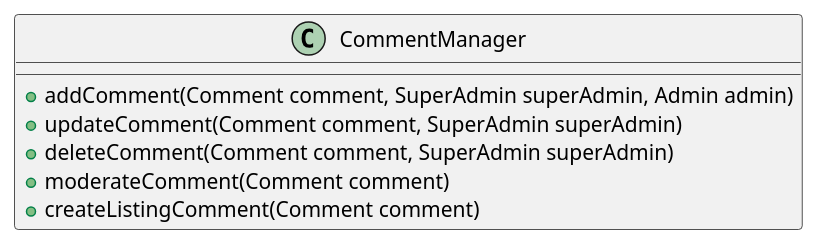
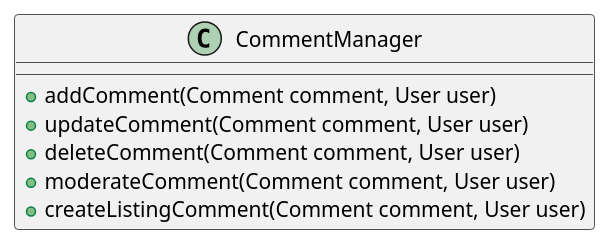
One commit to laurasullyalexandrine/the2dbubbles changed the diagram in diagrammes-uml/Class/CommentManager.puml. Above: the diagram before and after it, drawn with PlantUML. The commit also changed 6 other files, not shown here.

```diff
--- a/diagrammes-uml/Class/CommentManager.puml
+++ b/diagrammes-uml/Class/CommentManager.puml
@@ -1,13 +1,13 @@
 @startuml CommentManager
 
 Class CommentManager {
 
-    + addComment(Comment comment, SuperAdmin superAdmin, Admin admin)
-    + updateComment(Comment comment, SuperAdmin superAdmin)
-    + deleteComment(Comment comment, SuperAdmin superAdmin)
-    + moderateComment(Comment comment)
-    + createListingComment(Comment comment)
+    + addComment(Comment comment, User user)
+    + updateComment(Comment comment, User user)
+    + deleteComment(Comment comment, User user)
+    + moderateComment(Comment comment, User user)
+    + createListingComment(Comment comment, User user)
     
-    }
+}
 
 @enduml
```
